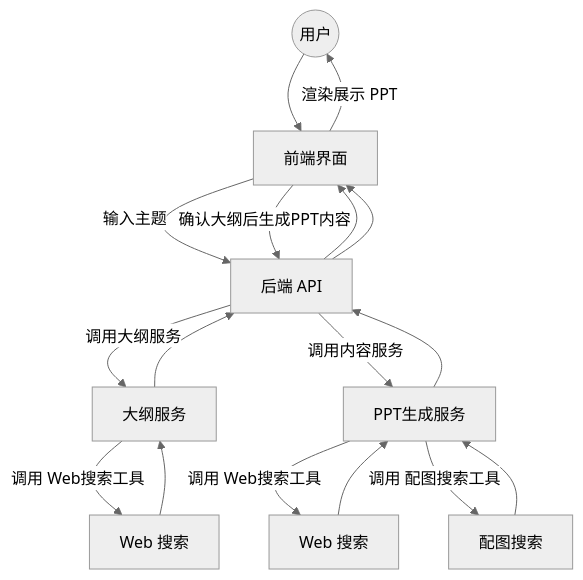
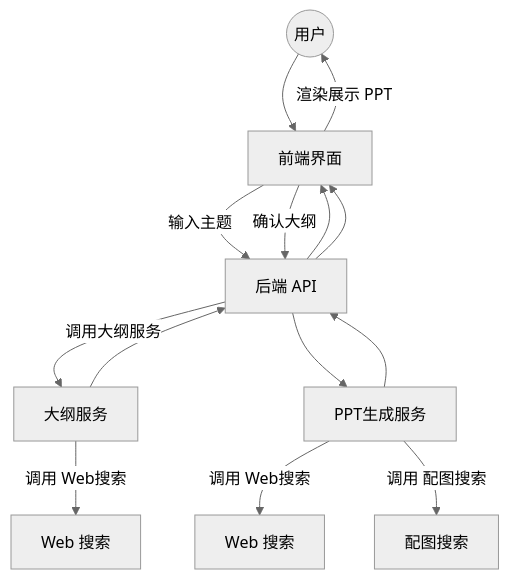
The diagram in README.md (johnson7788/TrainPPTAgent), drawn with Mermaid (neutral theme) before and after one commit. The commit also changed other lines of this file and 1 other file, not shown here.

````diff
--- a/README.md
+++ b/README.md
@@ -28,23 +129,16 @@
 ```mermaid
 flowchart TD
   U((用户)) --> FE[前端界面]
-
   FE -->|输入主题| API[后端 API]
 
-  %% 生成大纲
   API -->|调用大纲服务| Outline[大纲服务]
-  Outline -->|调用 Web搜索工具| WebSearch1[Web 搜索]
-  WebSearch1 --> Outline
+  Outline -->|调用 Web搜索| WebSearch1[Web 搜索]
   Outline --> API --> FE
 
-  %% 生成PPT
-  FE -->|确认大纲后生成PPT内容| API
-  API -->|调用内容服务| PPTGen[PPT生成服务]
-  PPTGen -->|调用 Web搜索工具| WebSearch2[Web 搜索]
-  PPTGen -->|调用 配图搜索工具| ImgSearch[配图搜索]
-  WebSearch2 --> PPTGen
-  ImgSearch --> PPTGen
+  FE -->|确认大纲| API --> PPTGen[PPT生成服务]
+  PPTGen -->|调用 Web搜索| WebSearch2[Web 搜索]
+  PPTGen -->|调用 配图搜索| ImgSearch[配图搜索]
   PPTGen --> API --> FE
 
   FE -->|渲染展示 PPT| U
 ```
````
